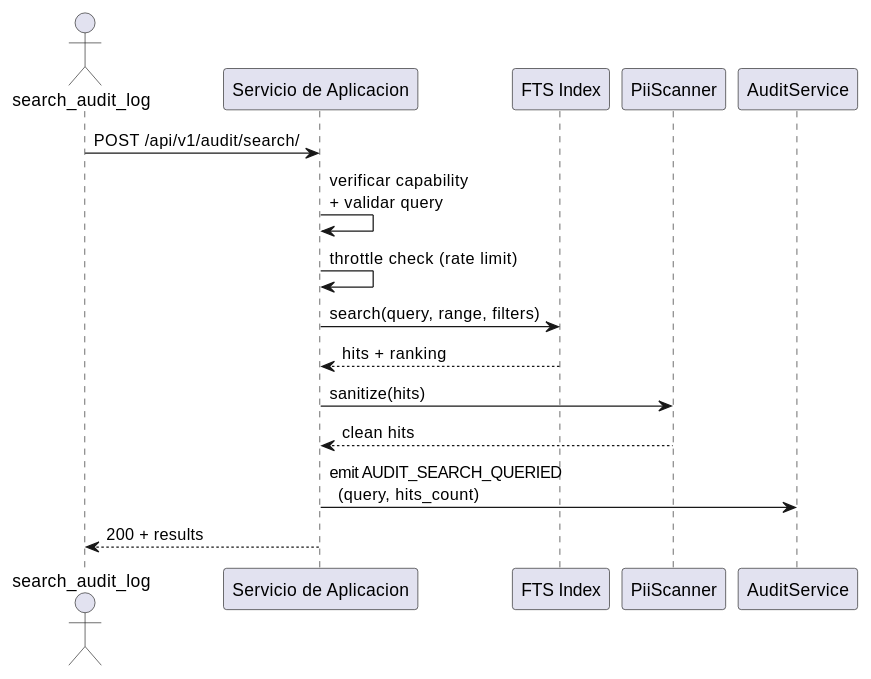
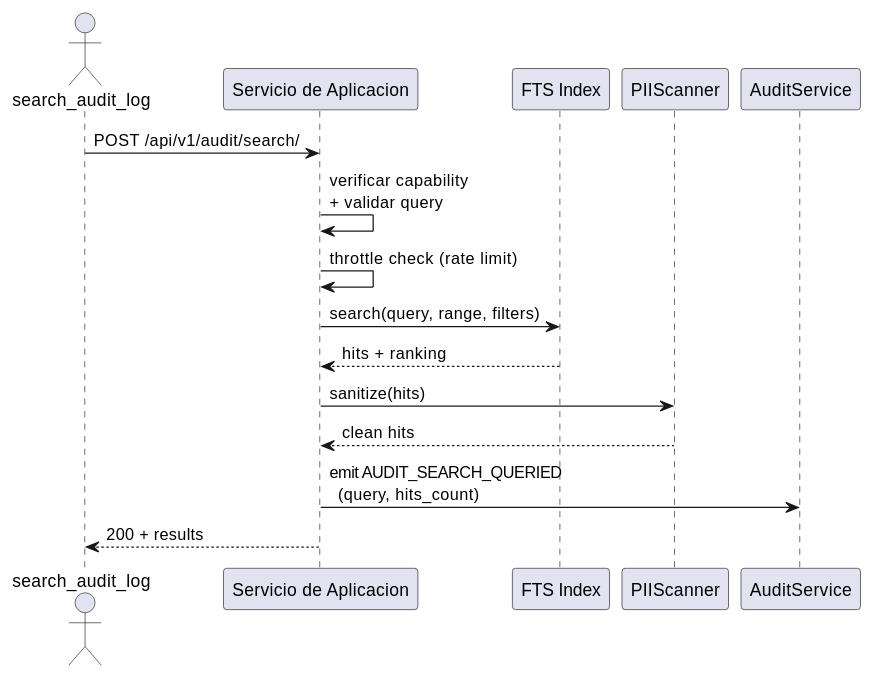
Before and after one commit to jcg-admin/IACT-docs: the diagram in source/requisitos/casos-uso/audit/uc-aud-02/diagramas-uml/diagrama-de-secuencia.rst, drawn with PlantUML. The commit also changed 6 other files, not shown here.

```diff
--- a/source/requisitos/casos-uso/audit/uc-aud-02/diagramas-uml/diagrama-de-secuencia.rst
+++ b/source/requisitos/casos-uso/audit/uc-aud-02/diagramas-uml/diagrama-de-secuencia.rst
@@ -6,25 +6,25 @@
 .. uml::
  :caption: UC_AUD_02 — busqueda FTS en audit log.
 
  @startuml
 
  actor "search_audit_log" as search_audit_log
  participant "Servicio de Aplicacion" as SvcAplicacion
  participant "FTS Index" as FtsIndex
- participant "PiiScanner" as PiiScanner
+ participant "PIIScanner" as PIIScanner
  participant "AuditService" as AuditService
 
  search_audit_log -> SvcAplicacion: POST /api/v1/audit/search/
  SvcAplicacion -> SvcAplicacion: verificar capability\n+ validar query
  SvcAplicacion -> SvcAplicacion: throttle check (rate limit)
 
  SvcAplicacion -> FtsIndex: search(query, range, filters)
  FtsIndex --> SvcAplicacion: hits + ranking
 
- SvcAplicacion -> PiiScanner: sanitize(hits)
- PiiScanner --> SvcAplicacion: clean hits
+ SvcAplicacion -> PIIScanner: sanitize(hits)
+ PIIScanner --> SvcAplicacion: clean hits
 
  SvcAplicacion -> AuditService: emit AUDIT_SEARCH_QUERIED\n  (query, hits_count)
  SvcAplicacion --> search_audit_log: 200 + results
 
  @enduml
```
